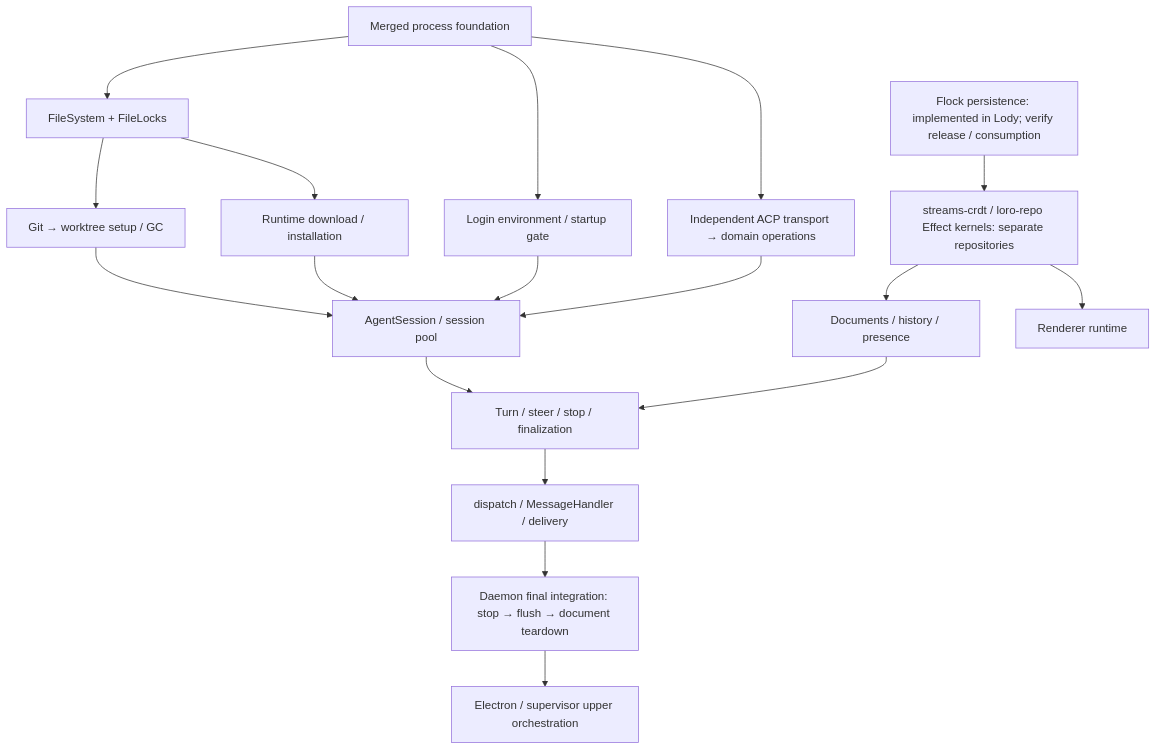
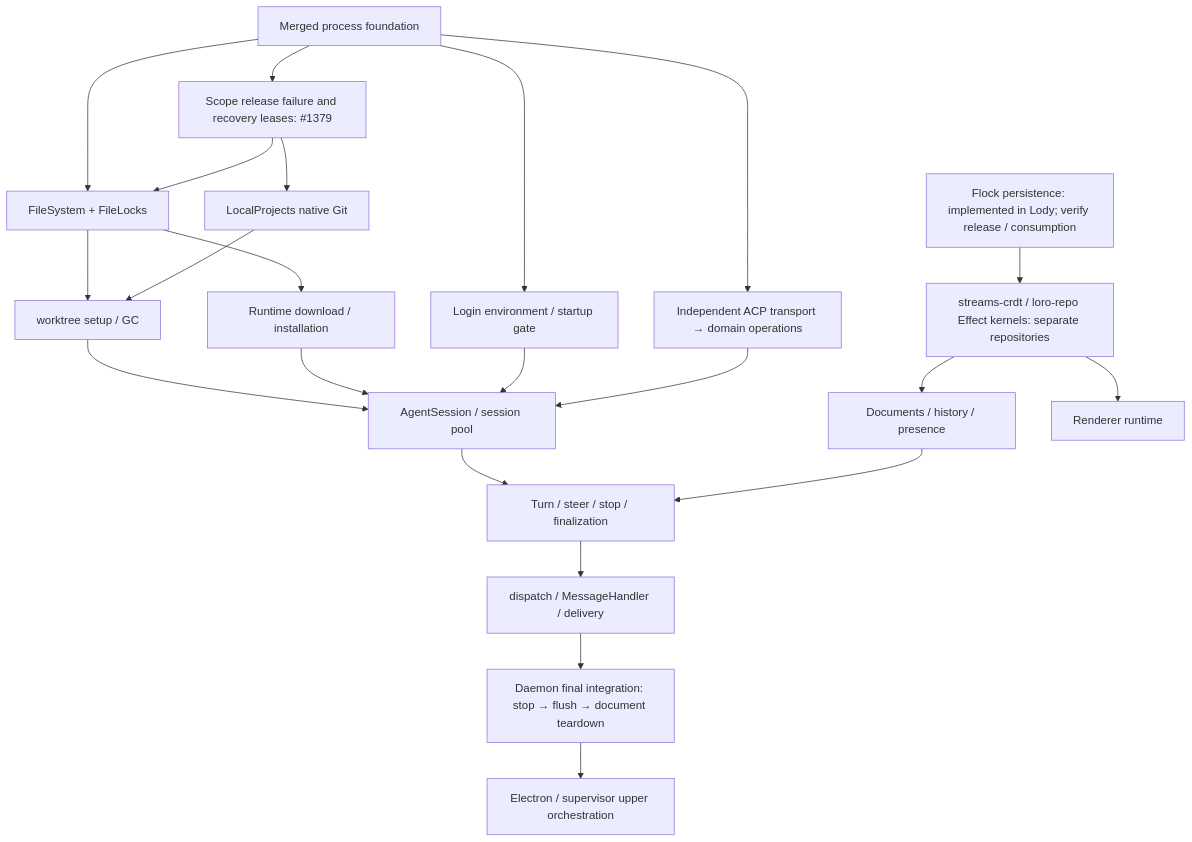
The diagram in .agents/notes/proposed/architecture/2026-09-27-effect-lifecycle-migration-roadmap.md (LodyAI/Lody), drawn with Mermaid before and after one commit. The commit also changed other lines of this file and 8 other files, not shown here.

````diff
--- a/.agents/notes/proposed/architecture/2026-09-27-effect-lifecycle-migration-roadmap.md
+++ b/.agents/notes/proposed/architecture/2026-09-27-effect-lifecycle-migration-roadmap.md
@@ -383,20 +384,24 @@
 ```mermaid
 flowchart TD
   P["Merged process foundation"] --> F["FileSystem + FileLocks"]
-  F --> G["Git → worktree setup / GC"]
+  P --> C["Scope release failure and recovery leases: #1379"]
+  C --> F
+  C --> G["LocalProjects native Git"]
+  F --> J["worktree setup / GC"]
+  G --> J
   F --> R["Runtime download / installation"]
   P --> E["Login environment / startup gate"]
   P --> A["Independent ACP transport → domain operations"]
-  G --> S["AgentSession / session pool"]
+  J --> S["AgentSession / session pool"]
   R --> S
   E --> S
   A --> S
   K["Flock persistence: implemented in Lody; verify release / consumption"] --> L["streams-crdt / loro-repo Effect kernels: separate repositories"]
   L --> D["Documents / history / presence"]
   S --> T["Turn / steer / stop / finalization"]
   D --> T
   T --> H["dispatch / MessageHandler / delivery"]
   H --> M["Daemon final integration: stop → flush → document teardown"]
   L --> W["Renderer runtime"]
   M --> X["Electron / supervisor upper orchestration"]
 ```
````
